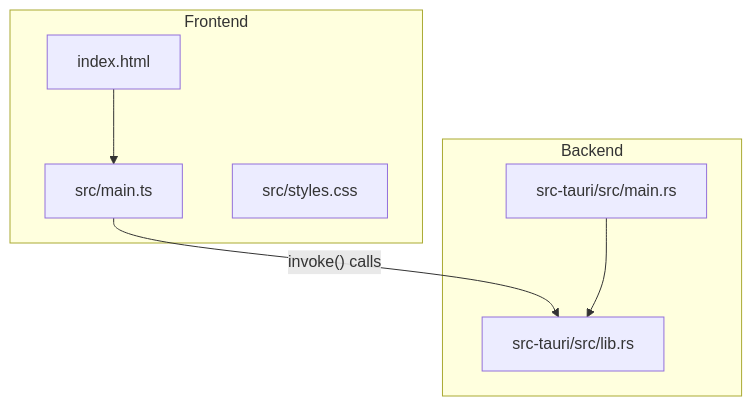
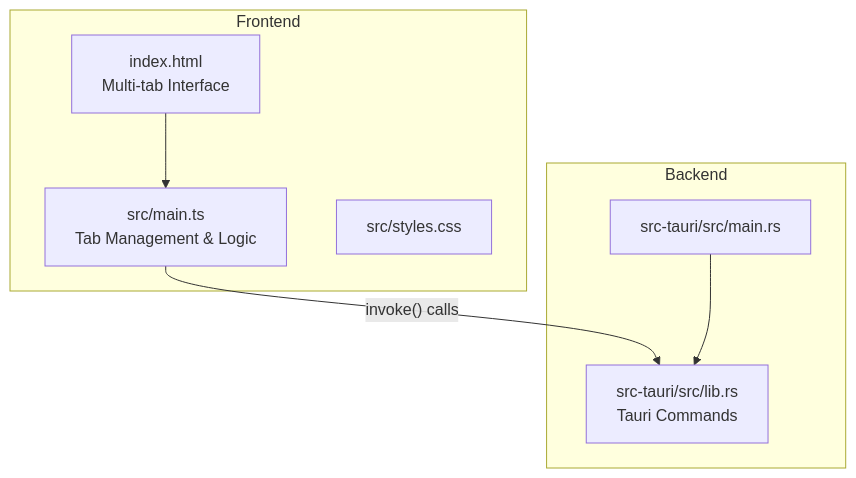
Before and after one commit to mrtruongleo/FreeSpaceMacos: the first of 12 diagrams in .qoder/repowiki/en/content/Core Features Documentation/Core Features Documentation.md, drawn with Mermaid. The commit also changed other lines of this file and 31 other files, not shown here.

````diff
--- a/.qoder/repowiki/en/content/Core Features Documentation/Core Features Documentation.md
+++ b/.qoder/repowiki/en/content/Core Features Documentation/Core Features Documentation.md
@@ -43,15 +56,15 @@
 ```mermaid
 graph TB
 subgraph "Frontend"
-HTML["index.html"]
-TS["src/main.ts"]
+HTML["index.html<br/>Multi-tab Interface"]
+TS["src/main.ts<br/>Tab Management & Logic"]
 CSS["src/styles.css"]
 end
 subgraph "Backend"
-RUST_LIB["src-tauri/src/lib.rs"]
+RUST_LIB["src-tauri/src/lib.rs<br/>Tauri Commands"]
 RUST_MAIN["src-tauri/src/main.rs"]
 end
 HTML --> TS
 TS --> |"invoke() calls"| RUST_LIB
 RUST_MAIN --> RUST_LIB
 ```
````
